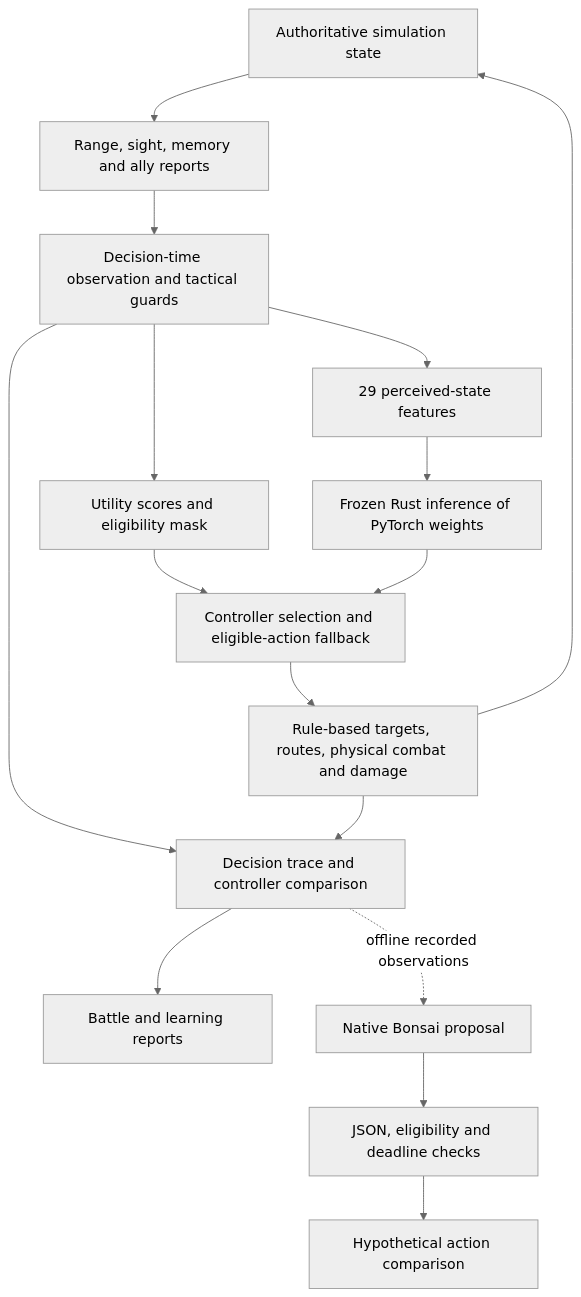
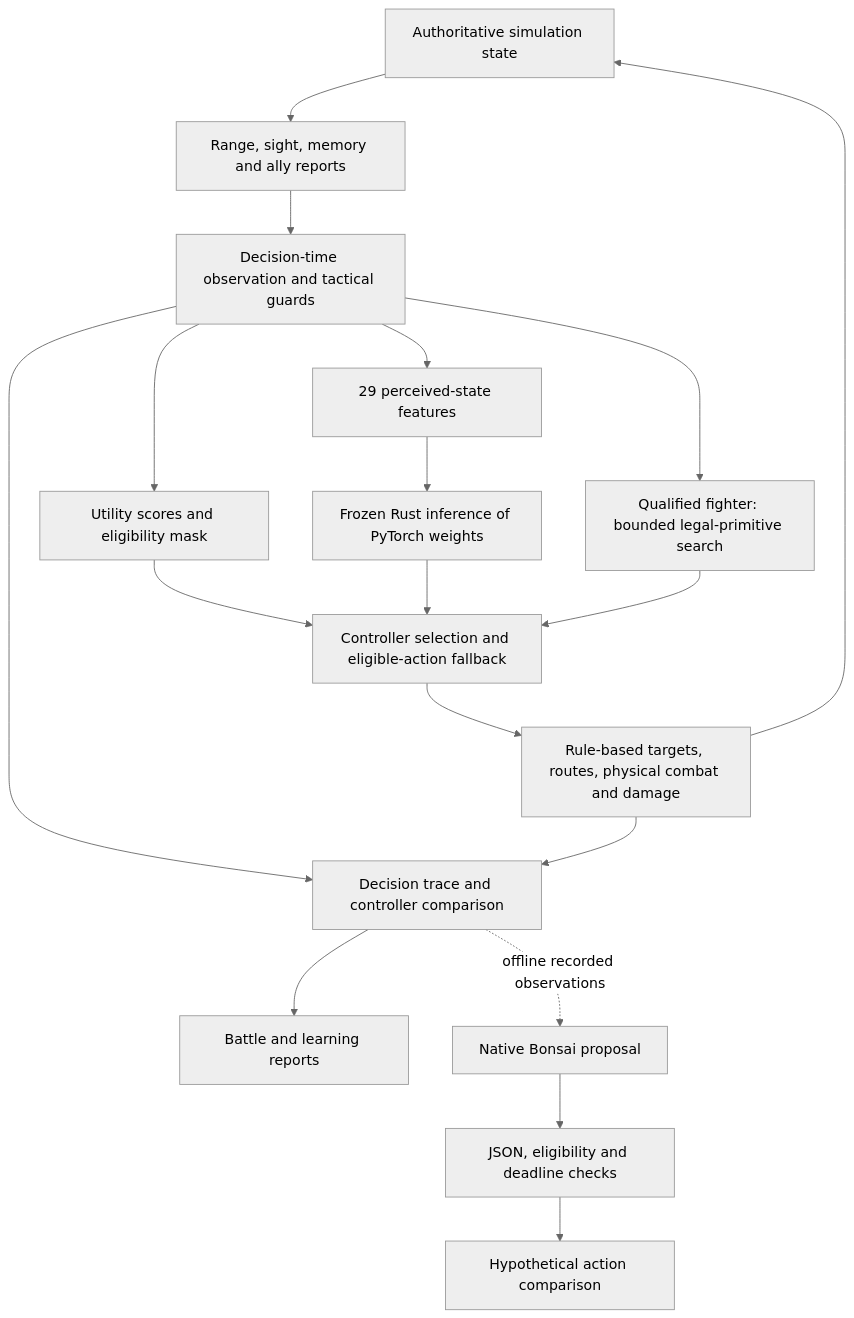
Before and after one commit to Fiendstar77/phalanx: the diagram in docs/ai/README.md, drawn with Mermaid (neutral theme). The commit also changed other lines of this file and 43 other files, not shown here.

First line of the commit message:
Compose legal fighter opportunities and preserve witnessed legends

````diff
--- a/docs/ai/README.md
+++ b/docs/ai/README.md
@@ -31,18 +32,20 @@
 ```mermaid
 flowchart TD
     World[Authoritative simulation state] --> Perception[Range, sight, memory and ally reports]
     Perception --> Observation[Decision-time observation and tactical guards]
     Observation --> Utility[Utility scores and eligibility mask]
     Observation --> Features[29 perceived-state features]
     Features --> Learned[Frozen Rust inference of PyTorch weights]
     Utility --> Selector[Controller selection and eligible-action fallback]
     Learned --> Selector
+    Observation --> Composer[Qualified fighter: bounded legal-primitive search]
+    Composer --> Selector
     Selector --> Execution[Rule-based targets, routes, physical combat and damage]
     Execution --> World
     Observation --> Trace[Decision trace and controller comparison]
     Execution --> Trace
     Trace --> Study[Battle and learning reports]
     Trace -. offline recorded observations .-> Bonsai[Native Bonsai proposal]
     Bonsai --> Governor[JSON, eligibility and deadline checks]
     Governor --> Shadow[Hypothetical action comparison]
 ```
````
